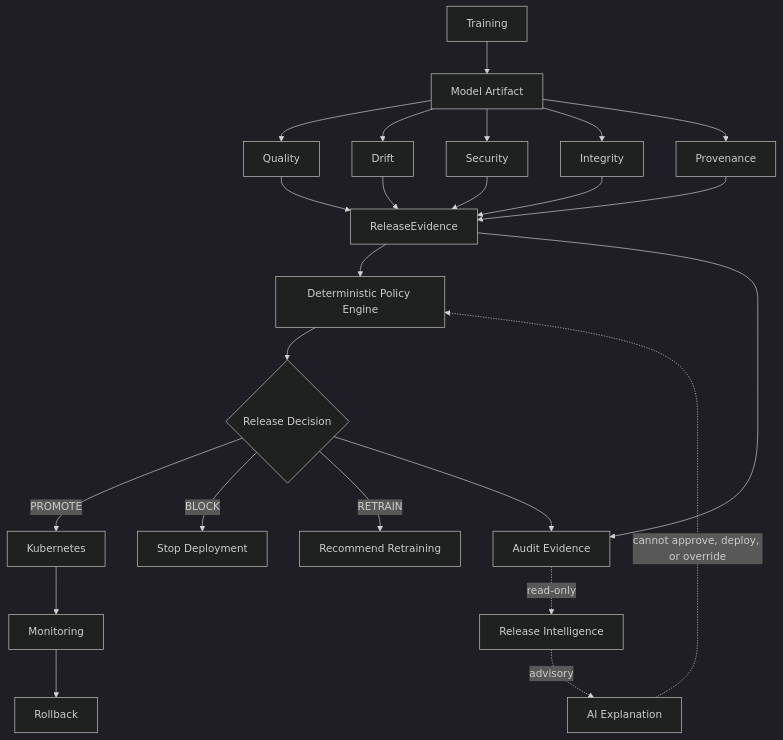
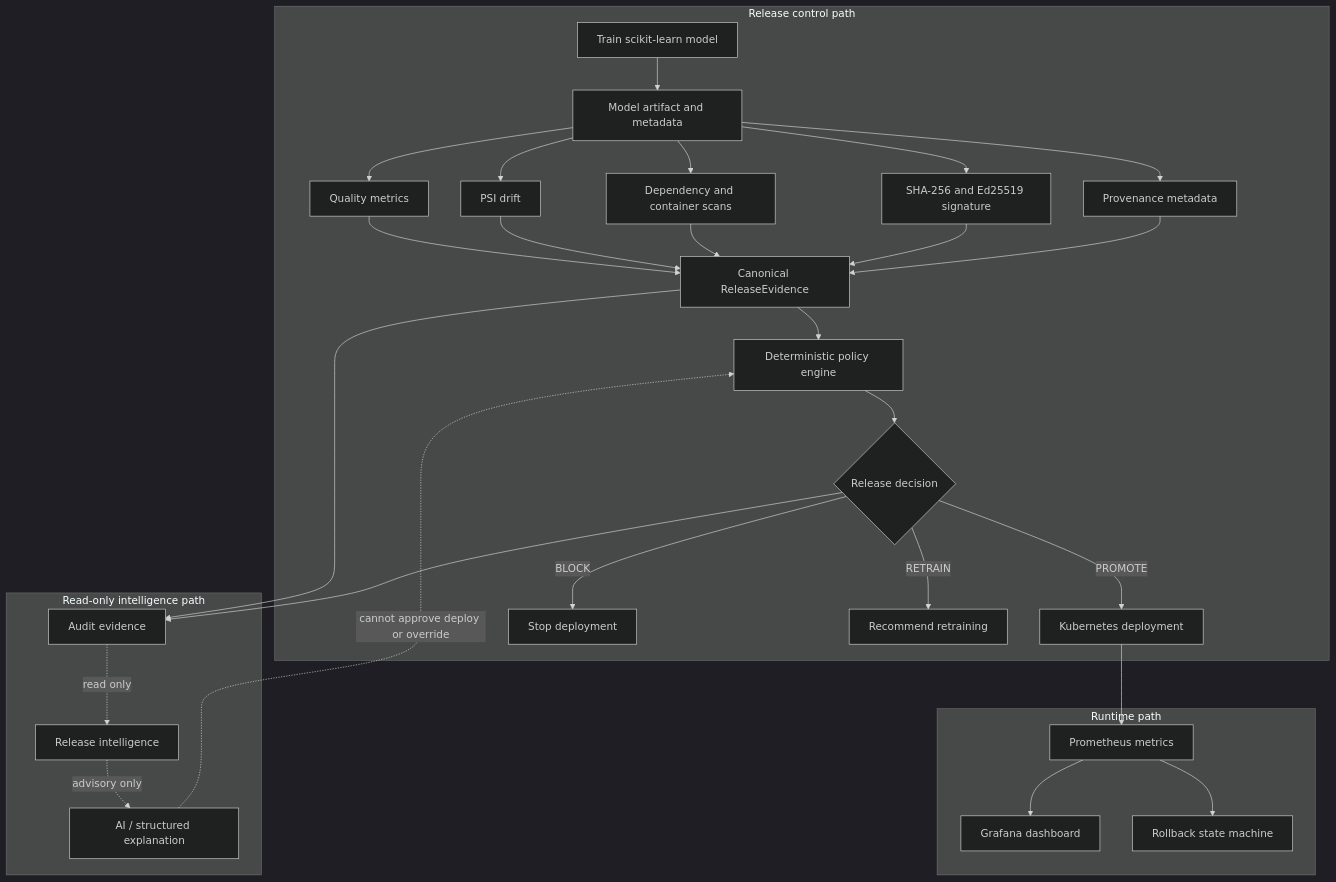
One commit to sonalejayash/ModelShield changed the diagram in README.md. Above: the diagram before and after it, drawn with Mermaid (dark theme). The commit also changed other lines of this file, not shown here.

````diff
--- a/README.md
+++ b/README.md
@@ -275,26 +45,35 @@
 ```mermaid
-flowchart TD
-  A[Training] --> B[Model Artifact]
-  B --> Q[Quality]
-  B --> D[Drift]
-  B --> S[Security]
-  B --> I[Integrity]
-  B --> P[Provenance]
-  Q --> E[ReleaseEvidence]
-  D --> E
-  S --> E
-  I --> E
-  P --> E
-  E --> F[Deterministic Policy Engine]
-  F --> G{Release Decision}
-  G -->|PROMOTE| H[Kubernetes]
-  G -->|BLOCK| X[Stop Deployment]
-  G -->|RETRAIN| R[Recommend Retraining]
-  H --> M[Monitoring]
-  M --> RB[Rollback]
-  E --> AE[Audit Evidence]
-  G --> AE
-  AE -. read-only .-> RI[Release Intelligence]
-  RI -. advisory .-> AI[AI Explanation]
-  AI -. cannot approve, deploy, or override .-> F
+flowchart TB
+    subgraph Release[Release control path]
+        Train[Train scikit-learn model] --> Artifact[Model artifact and metadata]
+        Artifact --> Quality[Quality metrics]
+        Artifact --> Drift[PSI drift]
+        Artifact --> Security[Dependency and container scans]
+        Artifact --> Integrity[SHA-256 and Ed25519 signature]
+        Artifact --> Provenance[Provenance metadata]
+        Quality --> Evidence[Canonical ReleaseEvidence]
+        Drift --> Evidence
+        Security --> Evidence
+        Integrity --> Evidence
+        Provenance --> Evidence
+        Evidence --> Policy[Deterministic policy engine]
+        Policy --> Decision{Release decision}
+        Decision -->|PROMOTE| Kubernetes[Kubernetes deployment]
+        Decision -->|BLOCK| Stop[Stop deployment]
+        Decision -->|RETRAIN| Retrain[Recommend retraining]
+    end
+
+    subgraph Runtime[Runtime path]
+        Kubernetes --> Metrics[Prometheus metrics]
+        Metrics --> Grafana[Grafana dashboard]
+        Metrics --> Rollback[Rollback state machine]
+    end
+
+    subgraph Intelligence[Read-only intelligence path]
+        Evidence --> Audit[Audit evidence]
+        Decision --> Audit
+        Audit -. read only .-> Investigator[Release intelligence]
+        Investigator -. advisory only .-> Explanation[AI / structured explanation]
+        Explanation -. cannot approve deploy or override .-> Policy
+    end
 ```
````
